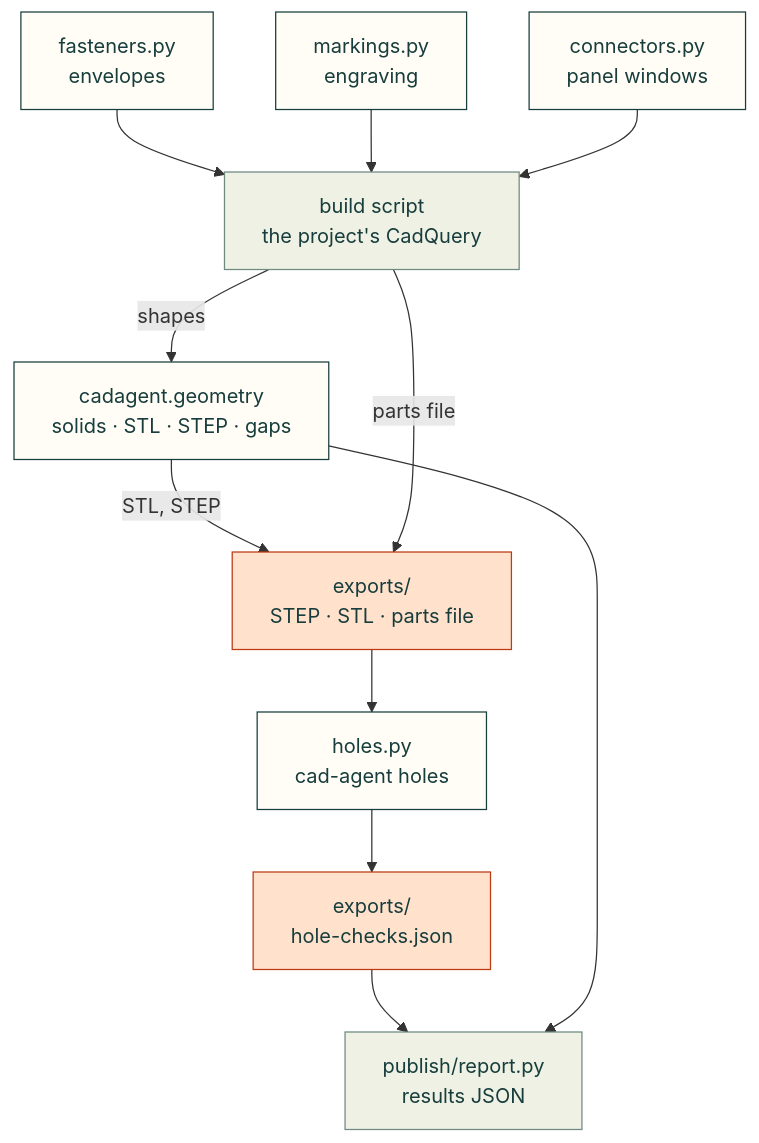
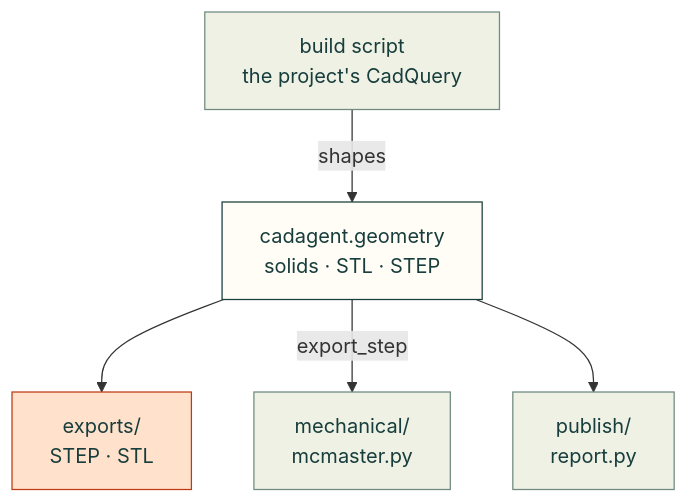
One commit to Valpatel/cad-agent changed the diagram in src/cadagent/geometry/README.md. Above: the diagram before and after it, drawn with Mermaid. The commit also changed other lines of this file and 184 other files, not shown here.

First line of the commit message:
Lay src/cadagent out by domain, mirroring the topic tree

````diff
--- a/src/cadagent/geometry/README.md
+++ b/src/cadagent/geometry/README.md
@@ -11,19 +12,13 @@
 ```mermaid
 flowchart TD
-    F["fasteners.py<br/>envelopes"] --> B
-    K["markings.py<br/>engraving"] --> B
-    C["connectors.py<br/>panel windows"] --> B
-    B["build script<br/>the project's CadQuery"] -->|"shapes"| G["cadagent.geometry<br/>solids · STL · STEP · gaps"]
-    G -->|"STL, STEP"| X["exports/<br/>STEP · STL · parts file"]
-    B -->|"parts file"| X
-    X --> H["holes.py<br/>cad-agent holes"]
-    H --> HJ["exports/<br/>hole-checks.json"]
-    HJ --> R["publish/report.py<br/>results JSON"]
-    G --> R
+    B["build script<br/>the project's CadQuery"] -->|"shapes"| G["cadagent.geometry<br/>solids · STL · STEP"]
+    G --> X["exports/<br/>STEP · STL"]
+    G -->|"export_step"| MC["mechanical/<br/>mcmaster.py"]
+    G --> R["publish/<br/>report.py"]
     classDef here fill:#fffdf5,stroke:#173d3c,color:#173d3c
     classDef near fill:#eef1e4,stroke:#6f8a80,color:#173d3c
     classDef out fill:#ffe1cc,stroke:#bd3a12,color:#173d3c
-    class F,K,C,G,H here
-    class B,R near
-    class X,HJ out
+    class G here
+    class B,MC,R near
+    class X out
 ```
````
